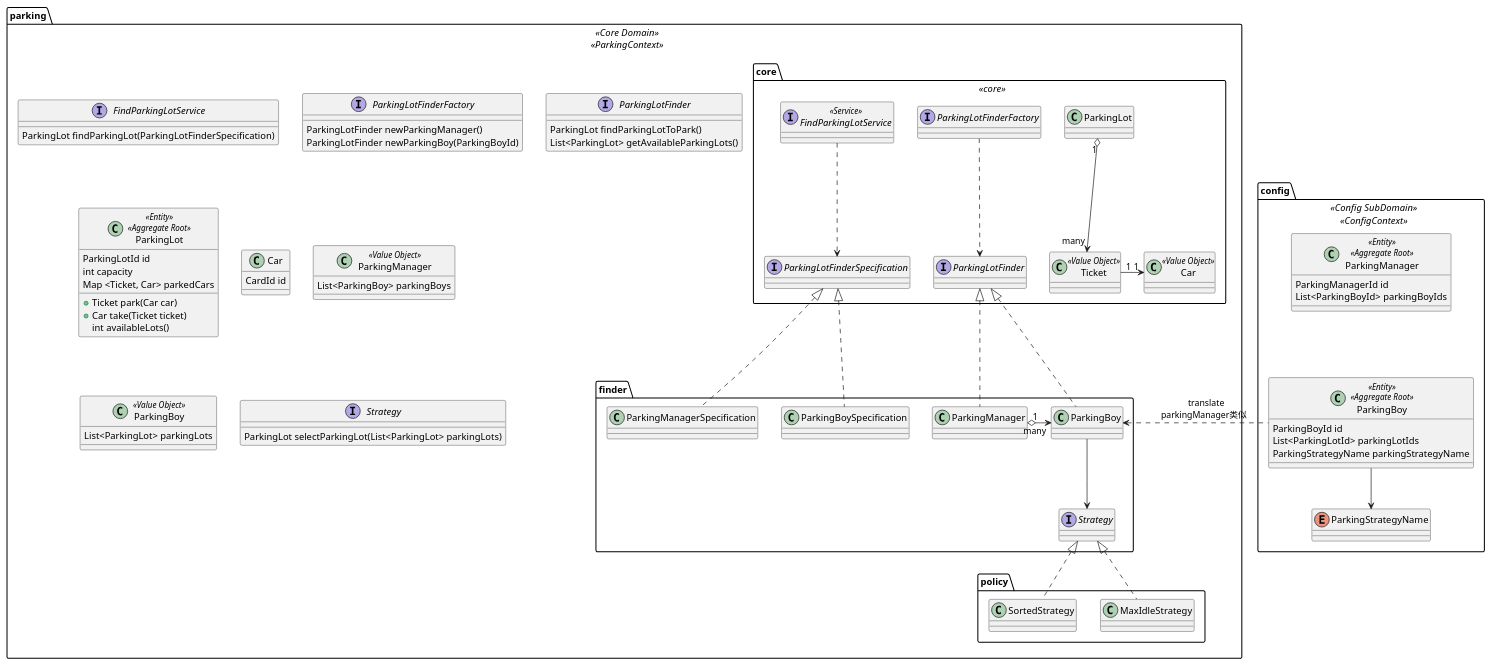
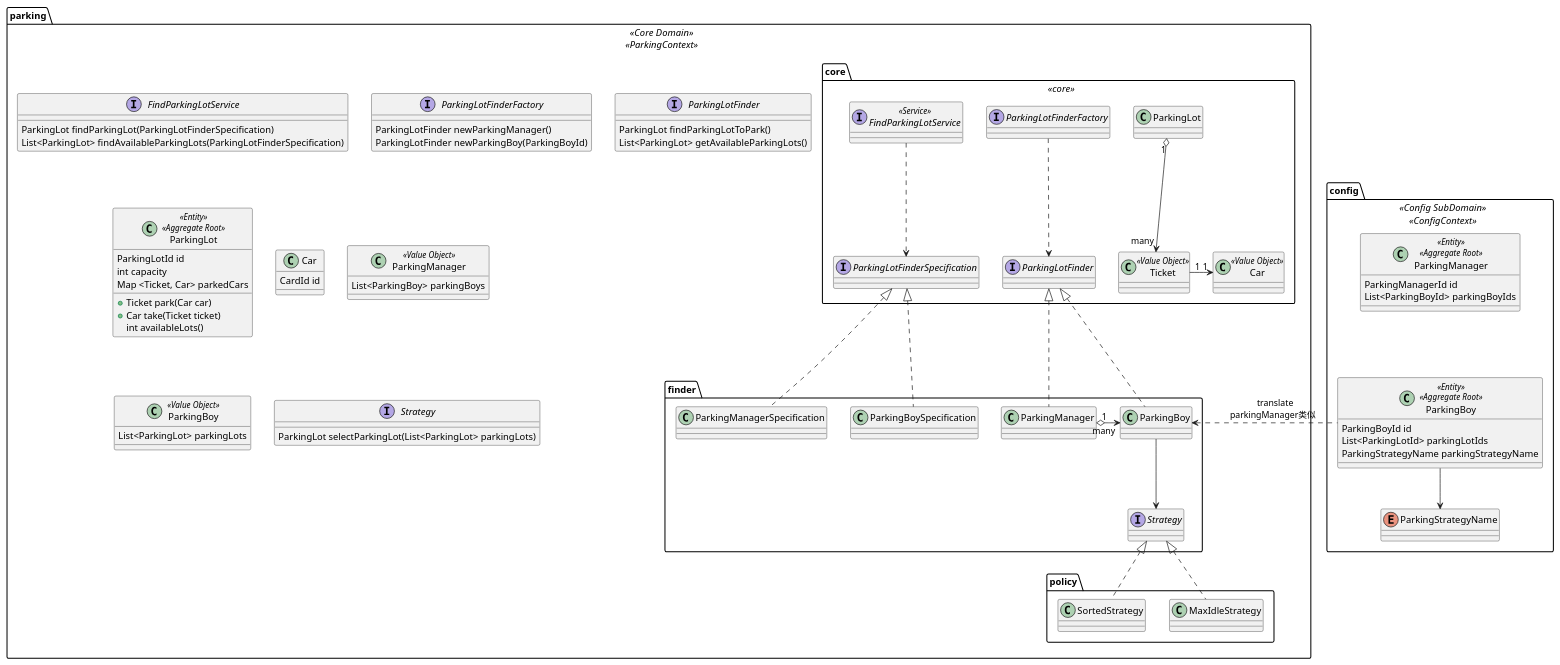
Before and after one commit to dlstonedl/ddd-practice: the diagram in src/main/resources/plantuml/ParkingLotsManagement.puml, drawn with PlantUML. The commit also changed 2 other files, not shown here.

```diff
--- a/src/main/resources/plantuml/ParkingLotsManagement.puml
+++ b/src/main/resources/plantuml/ParkingLotsManagement.puml
@@ -1,105 +1,106 @@
 @startuml
 
 namespace config <<Config SubDomain>> <<ConfigContext>> {
   class ParkingManager <<Entity>> <<Aggregate Root>> {
      ParkingManagerId id
      List<ParkingBoyId> parkingBoyIds
   }
   class ParkingBoy <<Entity>> <<Aggregate Root>> {
     ParkingBoyId id
     List<ParkingLotId> parkingLotIds
     ParkingStrategyName parkingStrategyName
   }
   enum ParkingStrategyName
   ParkingBoy --> ParkingStrategyName
 
   ParkingManager --[hidden] ParkingBoy
 }
 
 package parking <<Core Domain>> <<ParkingContext>>{
   package core <<core>> {
     interface FindParkingLotService <<Service>>
     interface ParkingLotFinderSpecification
     interface ParkingLotFinderFactory
     interface ParkingLotFinder
     class ParkingLot
     Class Ticket <<Value Object>>
     class Car <<Value Object>>
 
     FindParkingLotService .down.> ParkingLotFinderSpecification
     ParkingLotFinderFactory .down.> ParkingLotFinder
     ParkingLot "1" o-down-> "many" Ticket
     Ticket "1" -right-> "1" Car
 
     FindParkingLotService  -[hidden]right-  ParkingLotFinderFactory
     ParkingLotFinderFactory -[hidden]right- ParkingLot
   }
 
   package finder {
     class ParkingManager
     class ParkingBoy
     class ParkingManagerSpecification
     class ParkingBoySpecification
     interface Strategy
 
     ParkingManager ..up|> ParkingLotFinder
     ParkingBoy ..up|> ParkingLotFinder
 
     ParkingManager  "1" o--right> "many" ParkingBoy
     ParkingBoy -down-> Strategy
 
     ParkingManagerSpecification ..up|> ParkingLotFinderSpecification
     ParkingBoySpecification ..up|> ParkingLotFinderSpecification
 
     config.ParkingBoy ..left> ParkingBoy :"         translate\n        parkingManager类似 "
   }
 
   package policy {
     class SortedStrategy
     class MaxIdleStrategy
 
     SortedStrategy ..up|> Strategy
     MaxIdleStrategy ..up|> Strategy
   }
 
   interface FindParkingLotService {
       ParkingLot findParkingLot(ParkingLotFinderSpecification)
+      List<ParkingLot> findAvailableParkingLots(ParkingLotFinderSpecification)
   }
 
   interface ParkingLotFinderFactory {
     ParkingLotFinder newParkingManager()
     ParkingLotFinder newParkingBoy(ParkingBoyId)
   }
 
   interface ParkingLotFinder {
     ParkingLot findParkingLotToPark()
     List<ParkingLot> getAvailableParkingLots()
   }
 
   class ParkingLot <<Entity>> <<Aggregate Root>> {
       ParkingLotId id
       int capacity
       Map <Ticket, Car> parkedCars
 
       + Ticket park(Car car)
       + Car take(Ticket ticket)
       int availableLots()
   }
 
   Class Car {
     CardId id
   }
 
   class ParkingManager <<Value Object>> {
     List<ParkingBoy> parkingBoys
   }
 
   class ParkingBoy <<Value Object>> {
     List<ParkingLot> parkingLots
   }
 
   interface Strategy {
     ParkingLot selectParkingLot(List<ParkingLot> parkingLots)
   }
 }
 @enduml
```
